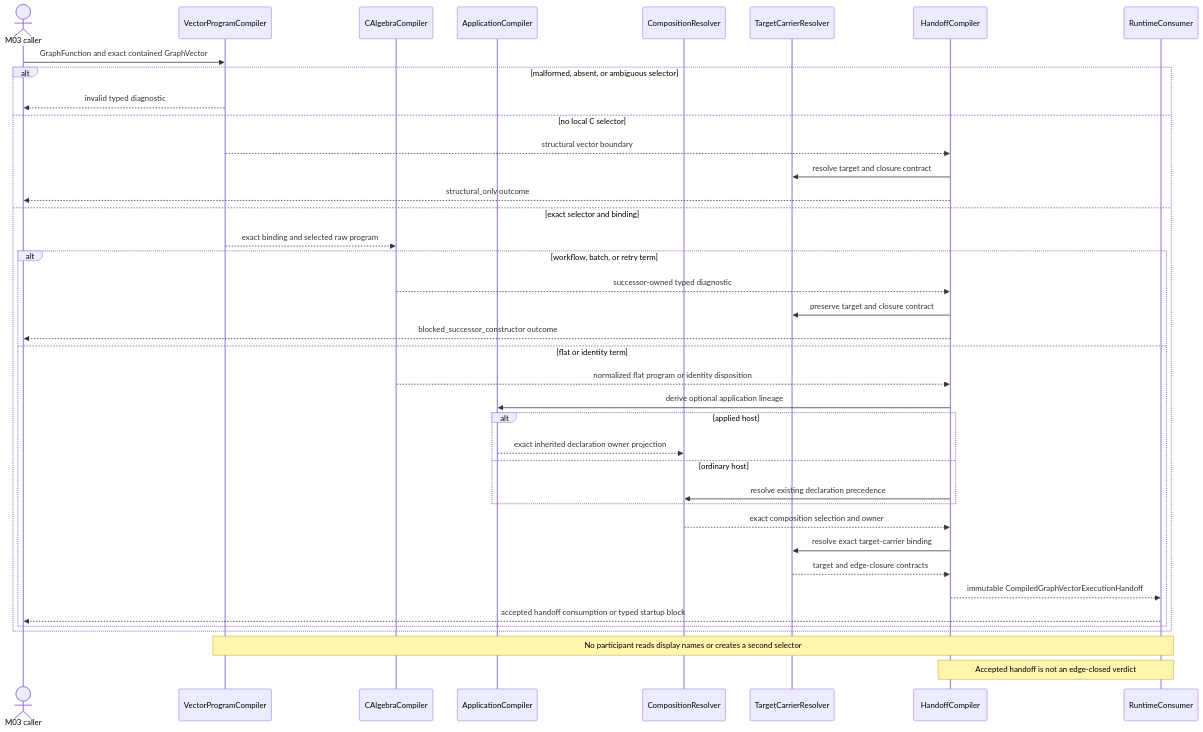
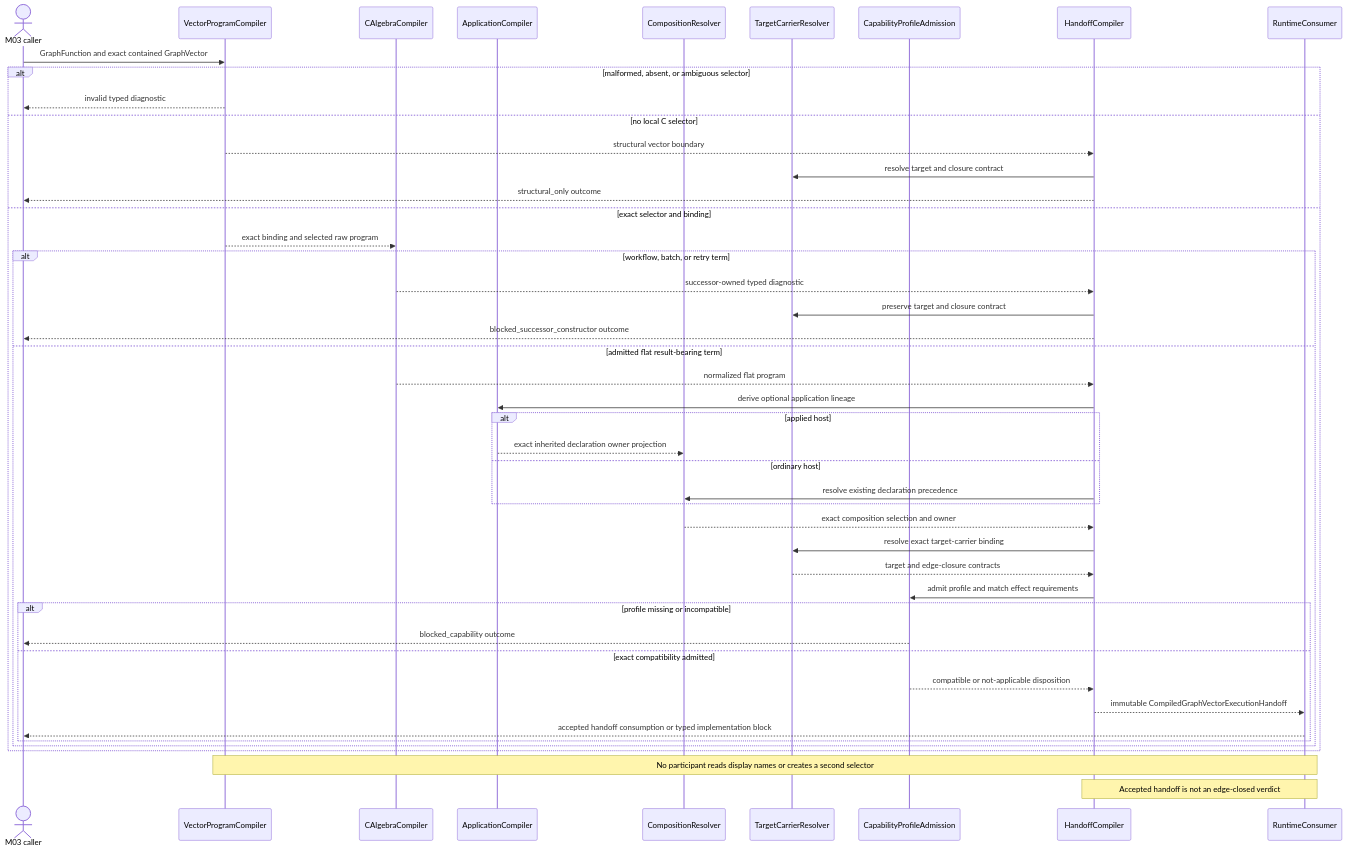
One commit to foolishimp/abiogenesis changed the second of 3 diagrams in build_tenants/abiogenesis/typescript/design/M03_COMPILED_EXECUTION_HANDOFF_BEHAVIOR_DESIGN.md. Above: the diagram before and after it, drawn with Mermaid. The commit also changed other lines of this file and 19 other files, not shown here.

````diff
--- a/build_tenants/abiogenesis/typescript/design/M03_COMPILED_EXECUTION_HANDOFF_BEHAVIOR_DESIGN.md
+++ b/build_tenants/abiogenesis/typescript/design/M03_COMPILED_EXECUTION_HANDOFF_BEHAVIOR_DESIGN.md
@@ -337,43 +344,50 @@
 ```mermaid
 sequenceDiagram
   actor Caller as M03 caller
   participant T254 as VectorProgramCompiler
   participant C as CAlgebraCompiler
   participant T265 as ApplicationCompiler
   participant Fn as CompositionResolver
   participant Target as TargetCarrierResolver
+  participant Profile as CapabilityProfileAdmission
   participant Handoff as HandoffCompiler
   participant Runtime as RuntimeConsumer
 
   Caller->>T254: GraphFunction and exact contained GraphVector
   alt malformed, absent, or ambiguous selector
     T254-->>Caller: invalid typed diagnostic
   else no local C selector
     T254-->>Handoff: structural vector boundary
     Handoff->>Target: resolve target and closure contract
     Handoff-->>Caller: structural_only outcome
   else exact selector and binding
     T254-->>C: exact binding and selected raw program
     alt workflow, batch, or retry term
       C-->>Handoff: successor-owned typed diagnostic
       Handoff->>Target: preserve target and closure contract
       Handoff-->>Caller: blocked_successor_constructor outcome
-    else flat or identity term
-      C-->>Handoff: normalized flat program or identity disposition
+    else admitted flat result-bearing term
+      C-->>Handoff: normalized flat program
       Handoff->>T265: derive optional application lineage
       alt applied host
         T265-->>Fn: exact inherited declaration owner projection
       else ordinary host
         Handoff->>Fn: resolve existing declaration precedence
       end
       Fn-->>Handoff: exact composition selection and owner
       Handoff->>Target: resolve exact target-carrier binding
       Target-->>Handoff: target and edge-closure contracts
-      Handoff-->>Runtime: immutable CompiledGraphVectorExecutionHandoff
-      Runtime-->>Caller: accepted handoff consumption or typed startup block
+      Handoff->>Profile: admit profile and match effect requirements
+      alt profile missing or incompatible
+        Profile-->>Caller: blocked_capability outcome
+      else exact compatibility admitted
+        Profile-->>Handoff: compatible or not-applicable disposition
+        Handoff-->>Runtime: immutable CompiledGraphVectorExecutionHandoff
+        Runtime-->>Caller: accepted handoff consumption or typed implementation block
+      end
     end
   end
 
   Note over T254,Runtime: No participant reads display names or creates a second selector
   Note over Handoff,Runtime: Accepted handoff is not an edge-closed verdict
 ```
````
